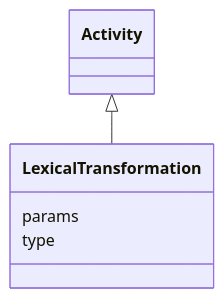
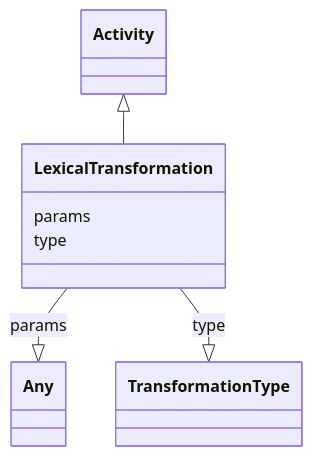
Before and after one commit to cthoyt/ontology-access-kit: the diagram in lexical-index/LexicalTransformation.md, drawn with Mermaid. The commit also changed other lines of this file and 3287 other files, not shown here.

````diff
--- a/lexical-index/LexicalTransformation.md
+++ b/lexical-index/LexicalTransformation.md
@@ -11,9 +14,15 @@
 ```{mermaid}
  classDiagram
     class LexicalTransformation
       Activity <|-- LexicalTransformation
       
       LexicalTransformation : params
+        
+          LexicalTransformation --|> Any : params
+        
       LexicalTransformation : type
+        
+          LexicalTransformation --|> TransformationType : type
+        
       
 ```
````
